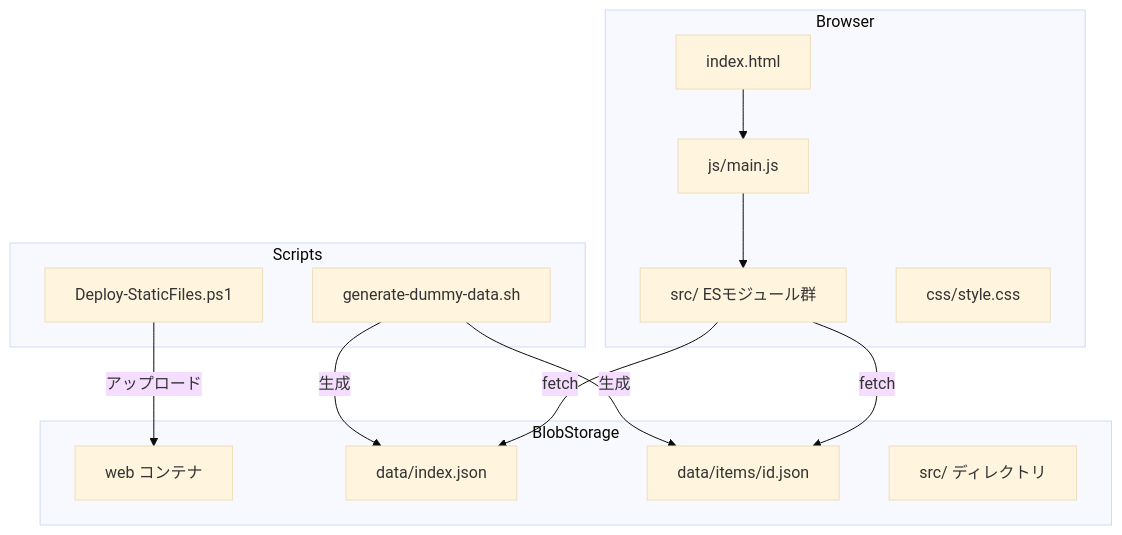
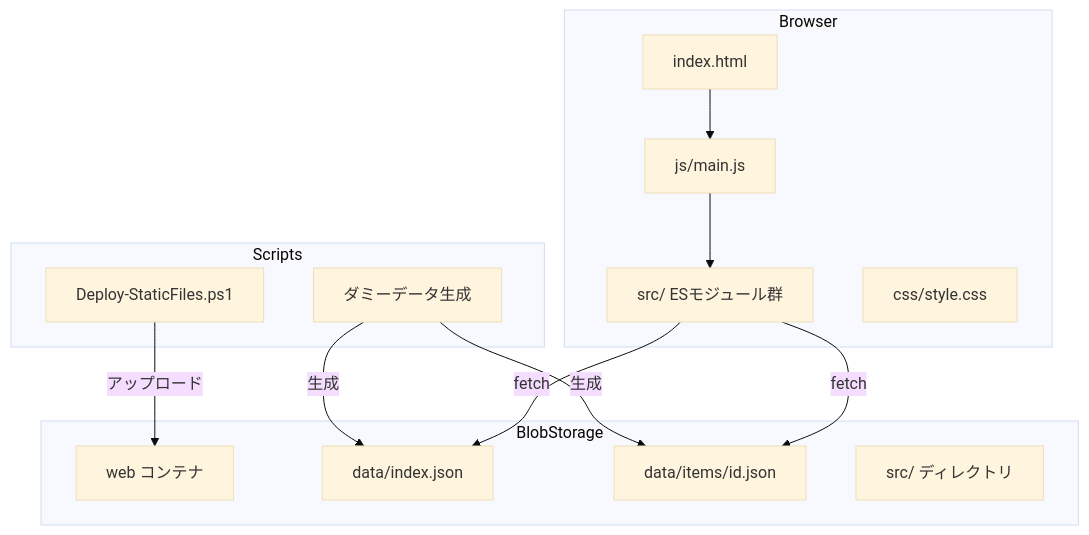
Before and after one commit to nuitsjp/teams-board: the first of 3 diagrams in .kiro/specs/initialize-implement/design.md, drawn with Mermaid (base theme). The commit also changed other lines of this file and 2 other files, not shown here.

Commit message:
chore: ダミーデータ生成スクリプトを削除

````diff
--- a/.kiro/specs/initialize-implement/design.md
+++ b/.kiro/specs/initialize-implement/design.md
@@ -30,29 +30,29 @@
 ```mermaid
 graph TB
     subgraph Browser
         HTML[index.html]
         MainJS[js/main.js]
         SrcModules[src/ ESモジュール群]
         CSS[css/style.css]
     end
 
     subgraph BlobStorage
         WebContainer[web コンテナ]
         IndexJSON[data/index.json]
         ItemJSON[data/items/id.json]
         SrcFiles[src/ ディレクトリ]
     end
 
     subgraph Scripts
-        GenScript[generate-dummy-data.sh]
+        GenScript[ダミーデータ生成]
         DeployScript[Deploy-StaticFiles.ps1]
     end
 
     HTML --> MainJS
     MainJS --> SrcModules
     SrcModules -->|fetch| IndexJSON
     SrcModules -->|fetch| ItemJSON
     GenScript -->|生成| IndexJSON
     GenScript -->|生成| ItemJSON
     DeployScript -->|アップロード| WebContainer
 ```
````
